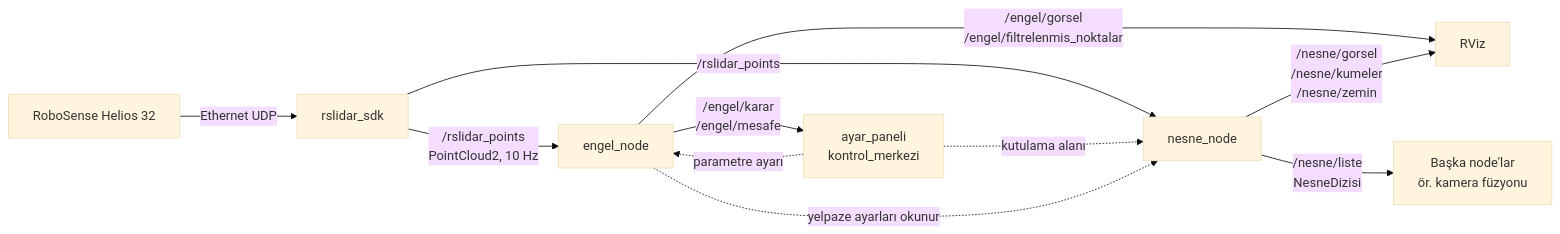
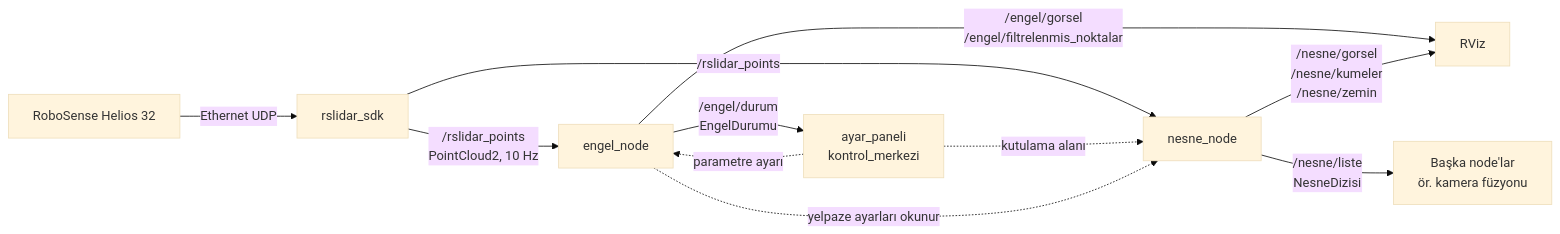
The diagram in src/algilama/lidar_algilama/README.md (ayberkdoruk/robotaksi-autonomy), drawn with Mermaid (base theme) before and after one commit. The commit also changed other lines of this file and 11 other files, not shown here.

First line of the commit message:
engel durumu tipli mesaj (/engel/durum), dış depo betiği, README rötuşları

````diff
--- a/src/algilama/lidar_algilama/README.md
+++ b/src/algilama/lidar_algilama/README.md
@@ -75,15 +77,15 @@
 ```mermaid
 flowchart LR
     L[RoboSense Helios 32] -->|Ethernet UDP| S[rslidar_sdk]
     S -->|/rslidar_points<br/>PointCloud2, 10 Hz| E[engel_node]
     S -->|/rslidar_points| N[nesne_node]
 
-    E -->|/engel/karar<br/>/engel/mesafe| P[ayar_paneli<br/>kontrol_merkezi]
+    E -->|/engel/durum<br/>EngelDurumu| P[ayar_paneli<br/>kontrol_merkezi]
     E -->|/engel/gorsel<br/>/engel/filtrelenmis_noktalar| R[RViz]
     N -->|/nesne/gorsel<br/>/nesne/kumeler<br/>/nesne/zemin| R
     N -->|/nesne/liste<br/>NesneDizisi| F[Başka node'lar<br/>ör. kamera füzyonu]
 
     P -.->|parametre ayarı| E
     P -.->|kutulama alanı| N
     E -.->|yelpaze ayarları okunur| N
 ```
````
